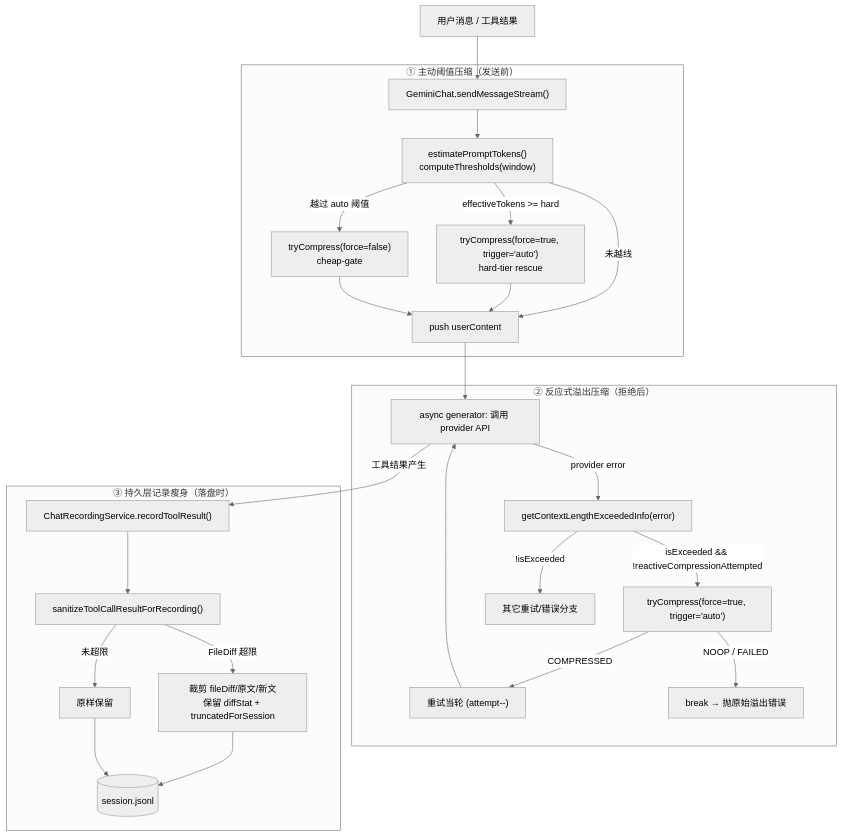
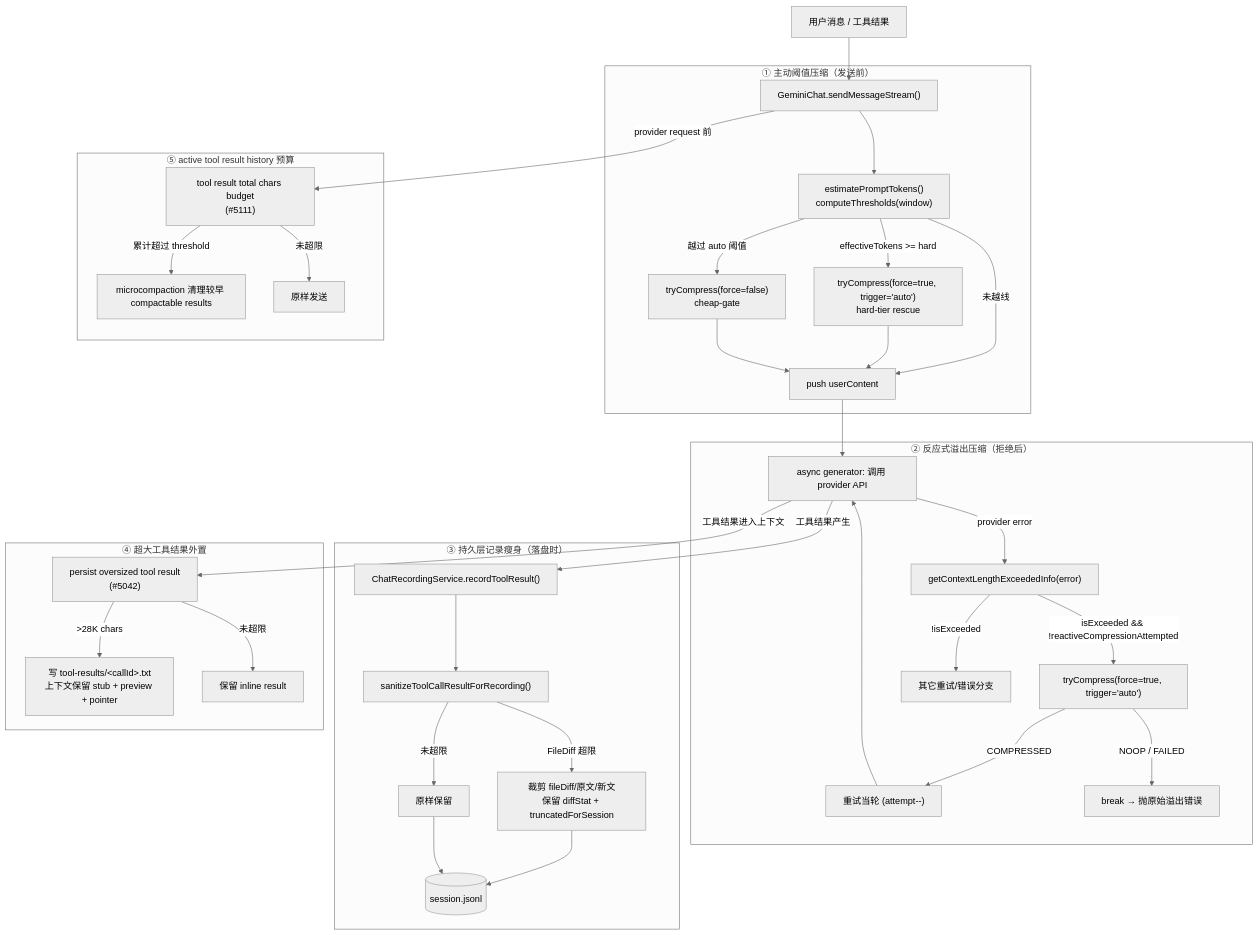
One commit to doudouOUC/code_agent changed the first of 4 diagrams in qwen-code/feature/context-compression.md. Above: the diagram before and after it, drawn with Mermaid (neutral theme). The commit also changed other lines of this file and 28 other files, not shown here.

````diff
--- a/qwen-code/feature/context-compression.md
+++ b/qwen-code/feature/context-compression.md
@@ -59,34 +61,46 @@
 ```mermaid
 flowchart TD
     U[用户消息 / 工具结果] --> SMS["GeminiChat.sendMessageStream()"]
 
     subgraph L1["① 主动阈值压缩（发送前）"]
         SMS --> EST["estimatePromptTokens()<br/>computeThresholds(window)"]
         EST -->|effectiveTokens >= hard| HARD["tryCompress(force=true, trigger='auto')<br/>hard-tier rescue"]
         EST -->|越过 auto 阈值| TRY["tryCompress(force=false)<br/>cheap-gate"]
         EST -->|未越线| PUSH[push userContent]
         HARD --> PUSH
         TRY --> PUSH
     end
 
     PUSH --> GEN["async generator: 调用 provider API"]
 
     subgraph L2["② 反应式溢出压缩（拒绝后）"]
         GEN -->|provider error| CLS["getContextLengthExceededInfo(error)"]
         CLS -->|isExceeded && !reactiveCompressionAttempted| RC["tryCompress(force=true, trigger='auto')"]
         RC -->|COMPRESSED| RETRY["重试当轮 (attempt--)"]
         RC -->|NOOP / FAILED| BREAK["break → 抛原始溢出错误"]
         RETRY --> GEN
         CLS -->|!isExceeded| OTHER[其它重试/错误分支]
     end
 
     GEN -->|工具结果产生| REC["ChatRecordingService.recordToolResult()"]
+    GEN -->|工具结果进入上下文| BIG["persist oversized tool result<br/>(#5042)"]
+    SMS -->|provider request 前| BUDGET["tool result total chars budget<br/>(#5111)"]
 
     subgraph L3["③ 持久层记录瘦身（落盘时）"]
         REC --> SAN["sanitizeToolCallResultForRecording()"]
         SAN -->|FileDiff 超限| TRUNC["裁剪 fileDiff/原文/新文<br/>保留 diffStat + truncatedForSession"]
         SAN -->|未超限| KEEP[原样保留]
         TRUNC --> JSONL[(session.jsonl)]
         KEEP --> JSONL
     end
+
+    subgraph L4["④ 超大工具结果外置"]
+        BIG -->|>28K chars| PERSIST["写 tool-results/&lt;callId&gt;.txt<br/>上下文保留 stub + preview + pointer"]
+        BIG -->|未超限| INLINE[保留 inline result]
+    end
+
+    subgraph L5["⑤ active tool result history 预算"]
+        BUDGET -->|累计超过 threshold| MICRO["microcompaction 清理较早 compactable results"]
+        BUDGET -->|未超限| ASIS[原样发送]
+    end
 ```
````
